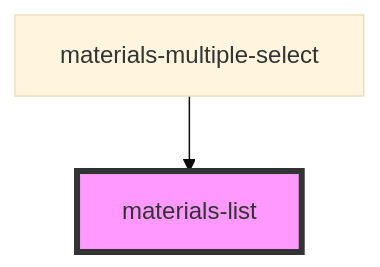
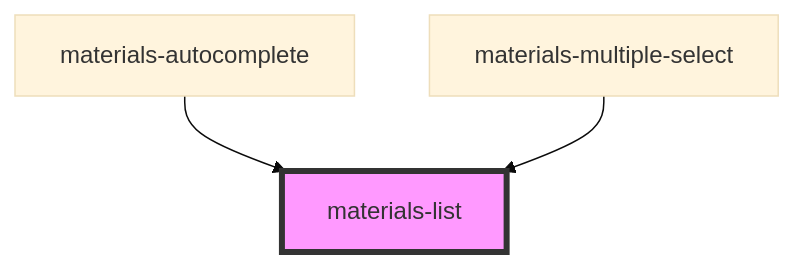
The diagram in packages/materials/src/components/list/readme.md (GMV-centravet/materials-elements), drawn with Mermaid (base theme) before and after one commit. The commit also changed other lines of this file and 16 other files, not shown here.

````diff
--- a/packages/materials/src/components/list/readme.md
+++ b/packages/materials/src/components/list/readme.md
@@ -23,5 +24,6 @@
 ```mermaid
 graph TD;
+  materials-autocomplete --> materials-list
   materials-multiple-select --> materials-list
   style materials-list fill:#f9f,stroke:#333,stroke-width:4px
 ```
````
